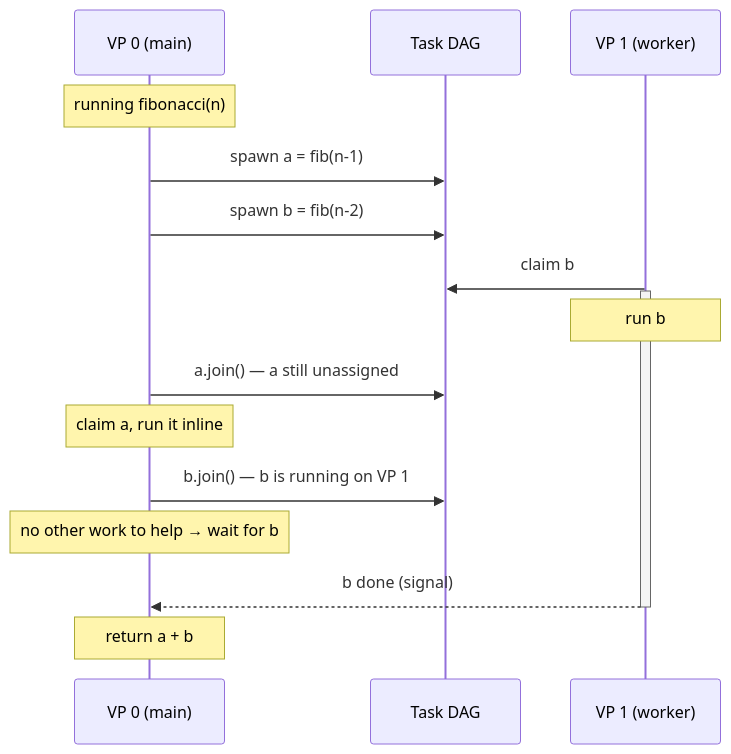
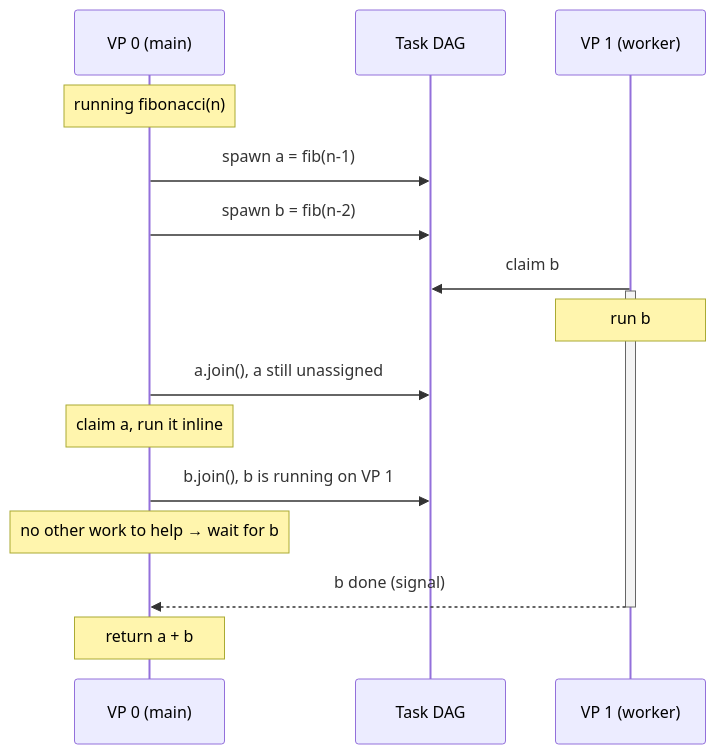
Before and after one commit to otaviocc/Coltrane: the second of 2 diagrams in README.md, drawn with Mermaid. The commit also changed other lines of this file, not shown here.

````diff
--- a/README.md
+++ b/README.md
@@ -130,20 +130,20 @@
 ```mermaid
 sequenceDiagram
     participant M as VP 0 (main)
     participant G as Task DAG
     participant W as VP 1 (worker)
 
     Note over M: running fibonacci(n)
     M->>G: spawn a = fib(n-1)
     M->>G: spawn b = fib(n-2)
     W->>G: claim b
     activate W
     Note over W: run b
-    M->>G: a.join() — a still unassigned
+    M->>G: a.join(), a still unassigned
     Note over M: claim a, run it inline
-    M->>G: b.join() — b is running on VP 1
+    M->>G: b.join(), b is running on VP 1
     Note over M: no other work to help → wait for b
     W-->>M: b done (signal)
     deactivate W
     Note over M: return a + b
 ```
````
